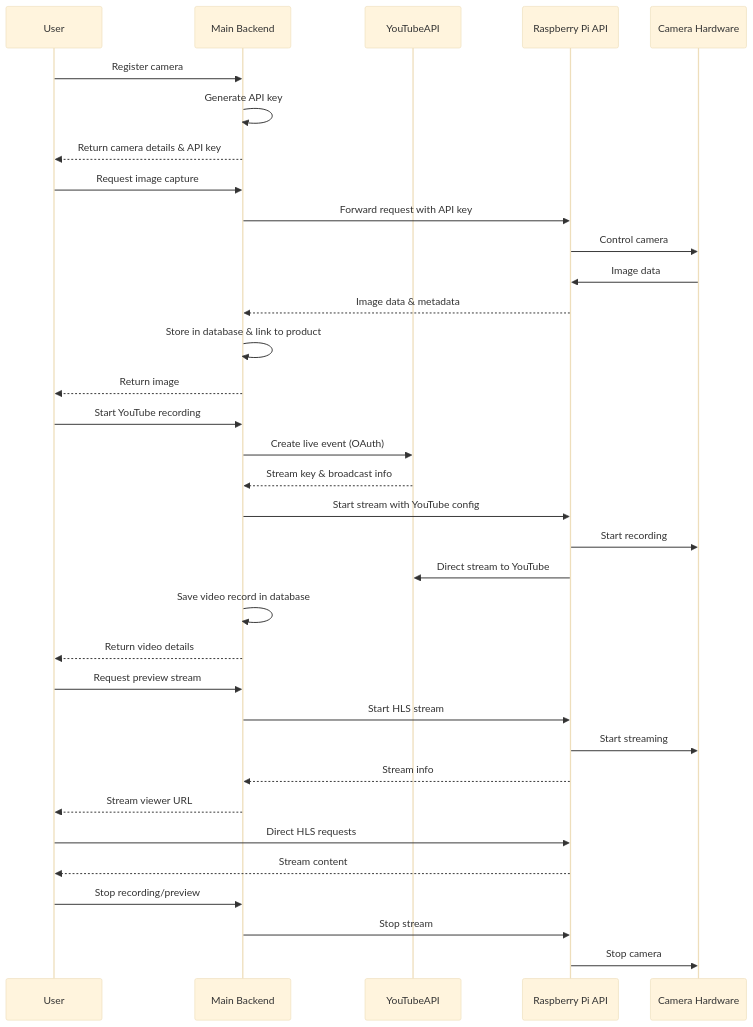
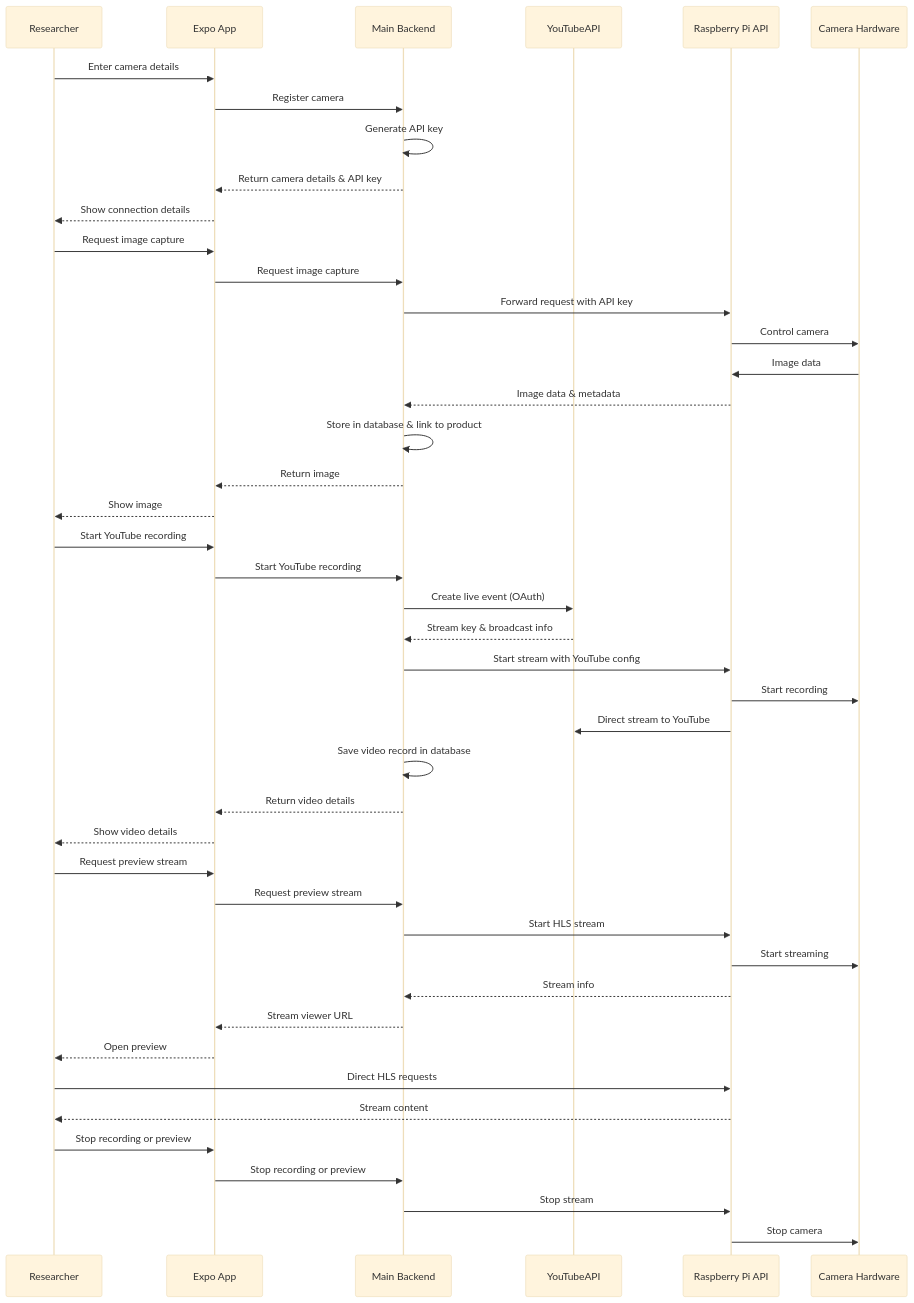
Before and after one commit to CMLPlatform/relab: the second of 2 diagrams in docs/docs/architecture/rpi-cam.md, drawn with Mermaid (base theme). The commit also changed other lines of this file and 41 other files, not shown here.

````diff
--- a/docs/docs/architecture/rpi-cam.md
+++ b/docs/docs/architecture/rpi-cam.md
@@ -31,46 +29,56 @@
 ```mermaid
 sequenceDiagram
-    participant User
+    participant Researcher
+    participant App as Expo App
     participant Backend as Main Backend
     participant YouTubeAPI
     participant RPiCamAPI as Raspberry Pi API
     participant Camera as Camera Hardware
 
     %% Camera Registration
-    User->>Backend: Register camera
+    Researcher->>App: Enter camera details
+    App->>Backend: Register camera
     Backend->>Backend: Generate API key
-    Backend-->>User: Return camera details & API key
+    Backend-->>App: Return camera details & API key
+    App-->>Researcher: Show connection details
 
     %% Image Capture Flow
-    User->>Backend: Request image capture
+    Researcher->>App: Request image capture
+    App->>Backend: Request image capture
     Backend->>RPiCamAPI: Forward request with API key
     RPiCamAPI->>Camera: Control camera
     Camera->>RPiCamAPI: Image data
     RPiCamAPI-->>Backend: Image data & metadata
     Backend->>Backend: Store in database & link to product
-    Backend-->>User: Return image
+    Backend-->>App: Return image
+    App-->>Researcher: Show image
 
     %% YouTube Streaming Flow
-    User->>Backend: Start YouTube recording
+    Researcher->>App: Start YouTube recording
+    App->>Backend: Start YouTube recording
     Backend->>YouTubeAPI: Create live event (OAuth)
     YouTubeAPI-->>Backend: Stream key & broadcast info
     Backend->>RPiCamAPI: Start stream with YouTube config
     RPiCamAPI->>Camera: Start recording
     RPiCamAPI->>YouTubeAPI: Direct stream to YouTube
     Backend->>Backend: Save video record in database
-    Backend-->>User: Return video details
+    Backend-->>App: Return video details
+    App-->>Researcher: Show video details
 
     %% Local Preview Stream
-    User->>Backend: Request preview stream
+    Researcher->>App: Request preview stream
+    App->>Backend: Request preview stream
     Backend->>RPiCamAPI: Start HLS stream
     RPiCamAPI->>Camera: Start streaming
     RPiCamAPI-->>Backend: Stream info
-    Backend-->>User: Stream viewer URL
-    User->>RPiCamAPI: Direct HLS requests
-    RPiCamAPI-->>User: Stream content
+    Backend-->>App: Stream viewer URL
+    App-->>Researcher: Open preview
+    Researcher->>RPiCamAPI: Direct HLS requests
+    RPiCamAPI-->>Researcher: Stream content
 
     %% Stop Streaming
-    User->>Backend: Stop recording/preview
+    Researcher->>App: Stop recording or preview
+    App->>Backend: Stop recording or preview
     Backend->>RPiCamAPI: Stop stream
     RPiCamAPI->>Camera: Stop camera
 ```
````
